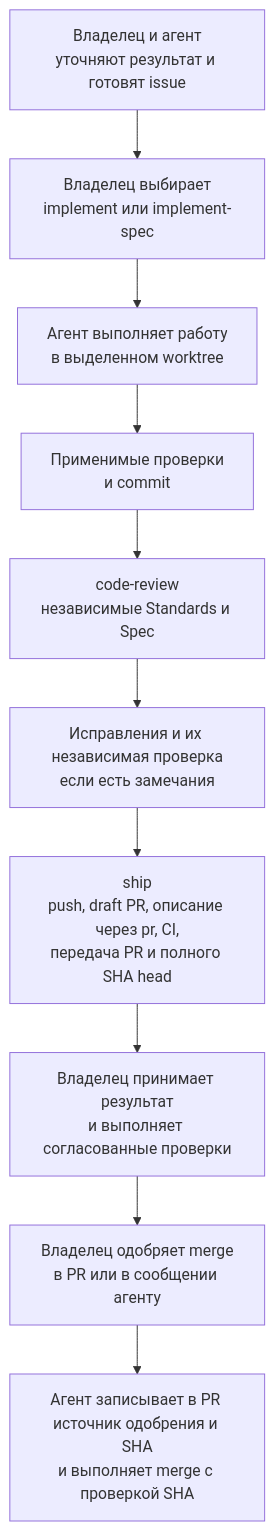
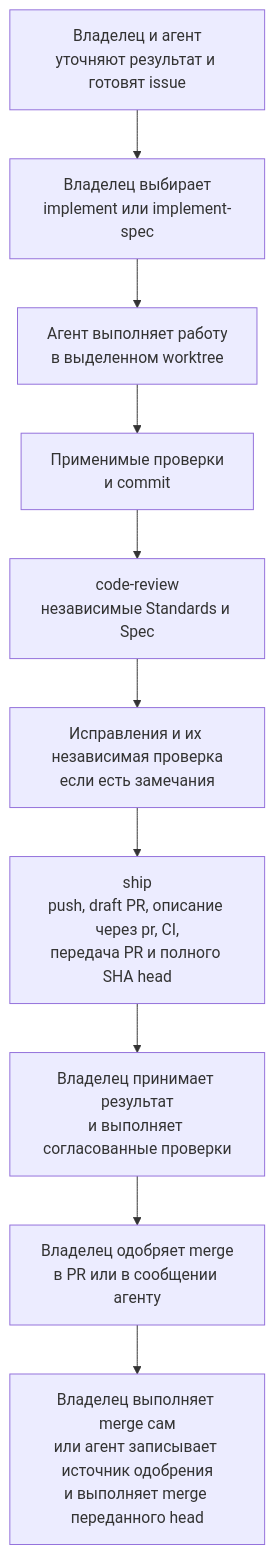
One commit to KirillSachkov/ai-first-platform changed the first of 3 diagrams in docs/development-flow.md. Above: the diagram before and after it, drawn with Mermaid. The commit also changed other lines of this file and 2 other files, not shown here.

First line of the commit message:
Уточнить по ревью: условие публикации и шаг merge на схеме

````diff
--- a/docs/development-flow.md
+++ b/docs/development-flow.md
@@ -12,12 +12,12 @@
 ```mermaid
 flowchart TD
     A["Владелец и агент<br/>уточняют результат и готовят issue"] --> B["Владелец выбирает<br/>implement или implement-spec"]
     B --> C["Агент выполняет работу<br/>в выделенном worktree"]
     C --> D["Применимые проверки<br/>и commit"]
     D --> E["code-review<br/>независимые Standards и Spec"]
     E --> F["Исправления и их независимая проверка<br/>если есть замечания"]
     F --> G["ship<br/>push, draft PR, описание через pr, CI,<br/>передача PR и полного SHA head"]
     G --> H["Владелец принимает результат<br/>и выполняет согласованные проверки"]
     H --> I["Владелец одобряет merge<br/>в PR или в сообщении агенту"]
-    I --> J["Агент записывает в PR источник одобрения и SHA<br/>и выполняет merge с проверкой SHA"]
+    I --> J["Владелец выполняет merge сам<br/>или агент записывает источник одобрения<br/>и выполняет merge переданного head"]
 ```
````
